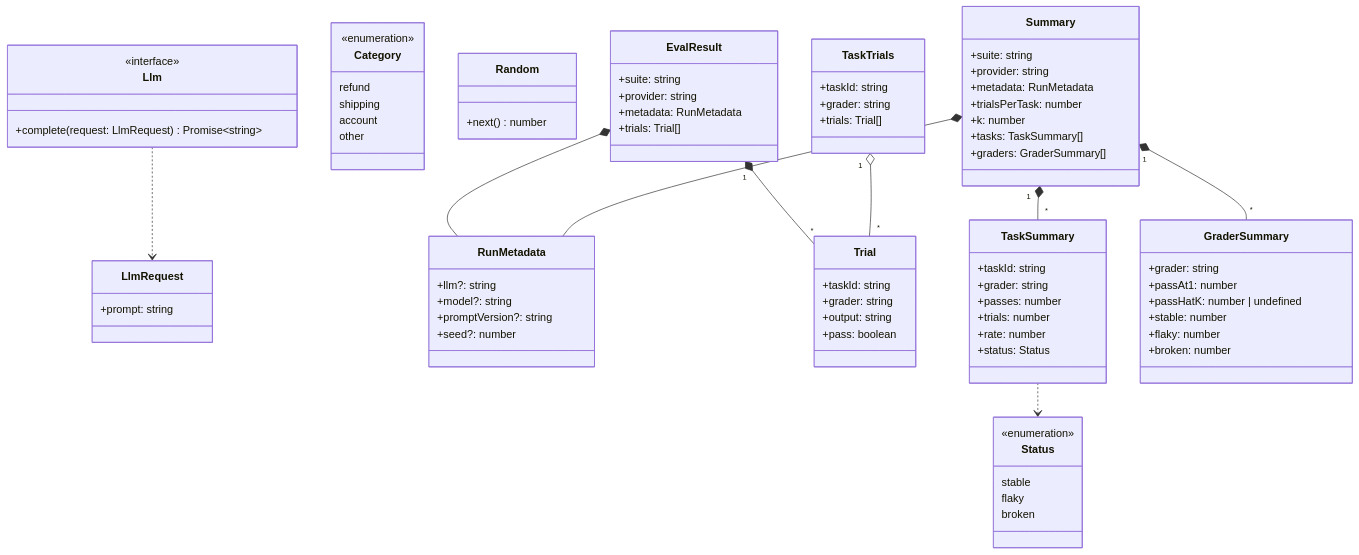
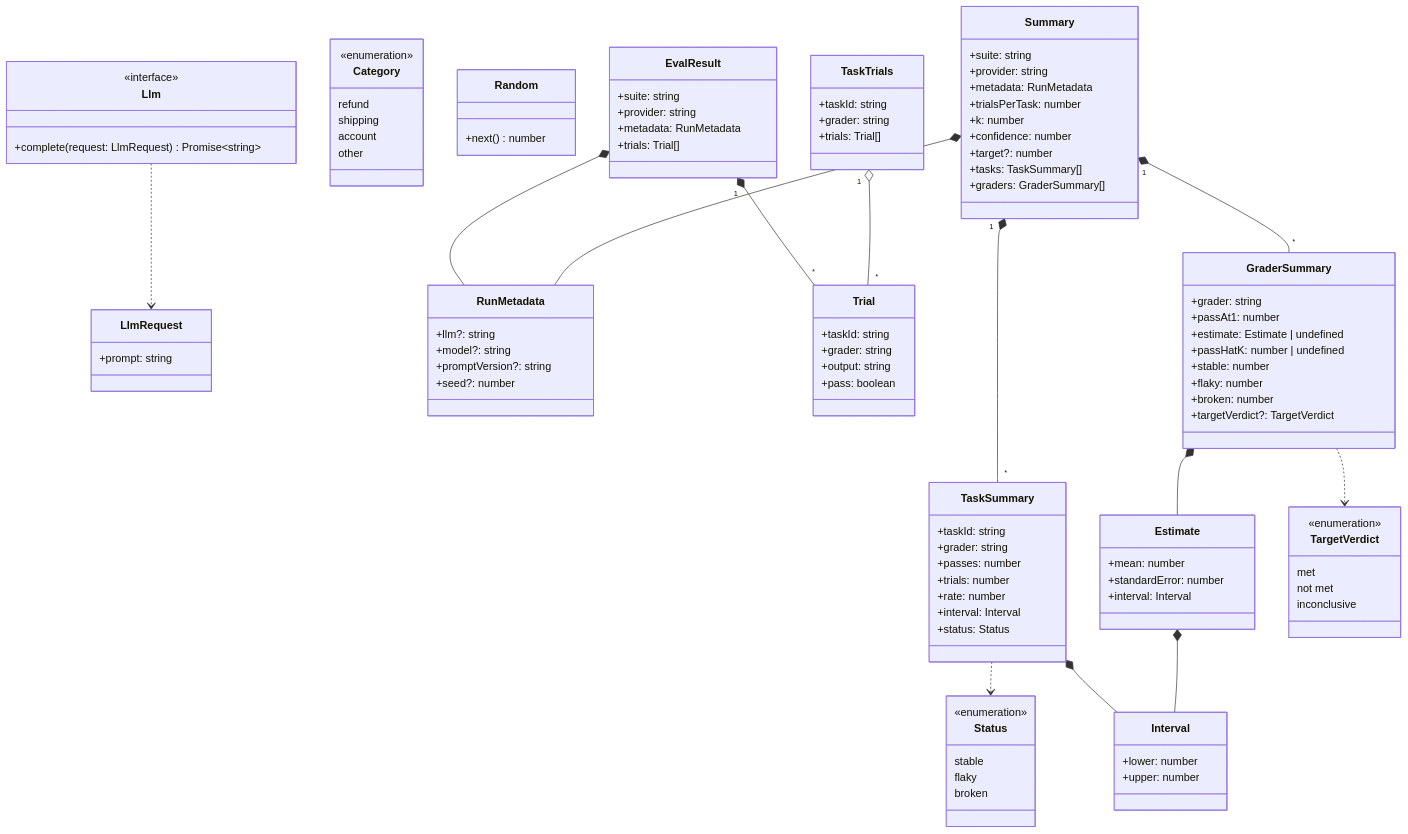
The diagram in iterations/iteration-2/solution/design/types.md (enunun/llm-evaluation-handson), drawn with Mermaid before and after one commit. The commit also changed other lines of this file and 14 other files, not shown here.

First line of the commit message:
Add Iteration 2: standard errors, confidence intervals and targets

```diff
--- a/iterations/iteration-2/solution/design/types.md
+++ b/iterations/iteration-2/solution/design/types.md
@@ -57,15 +58,33 @@
     +passes: number
     +trials: number
     +rate: number
+    +interval: Interval
     +status: Status
+  }
+  class Interval {
+    +lower: number
+    +upper: number
+  }
+  class Estimate {
+    +mean: number
+    +standardError: number
+    +interval: Interval
+  }
+  class TargetVerdict {
+    <<enumeration>>
+    met
+    not met
+    inconclusive
   }
   class GraderSummary {
     +grader: string
     +passAt1: number
+    +estimate: Estimate | undefined
     +passHatK: number | undefined
     +stable: number
     +flaky: number
     +broken: number
+    +targetVerdict?: TargetVerdict
   }
   class Summary {
     +suite: string
@@ -73,6 +92,8 @@
     +metadata: RunMetadata
     +trialsPerTask: number
     +k: number
+    +confidence: number
+    +target?: number
     +tasks: TaskSummary[]
     +graders: GraderSummary[]
   }
@@ -81,6 +102,10 @@
   EvalResult "1" *-- "*" Trial
   TaskTrials "1" o-- "*" Trial
   TaskSummary ..> Status
+  TaskSummary *-- Interval
+  Estimate *-- Interval
+  GraderSummary *-- Estimate
+  GraderSummary ..> TargetVerdict
   Summary *-- RunMetadata
   Summary "1" *-- "*" TaskSummary
   Summary "1" *-- "*" GraderSummary
```
